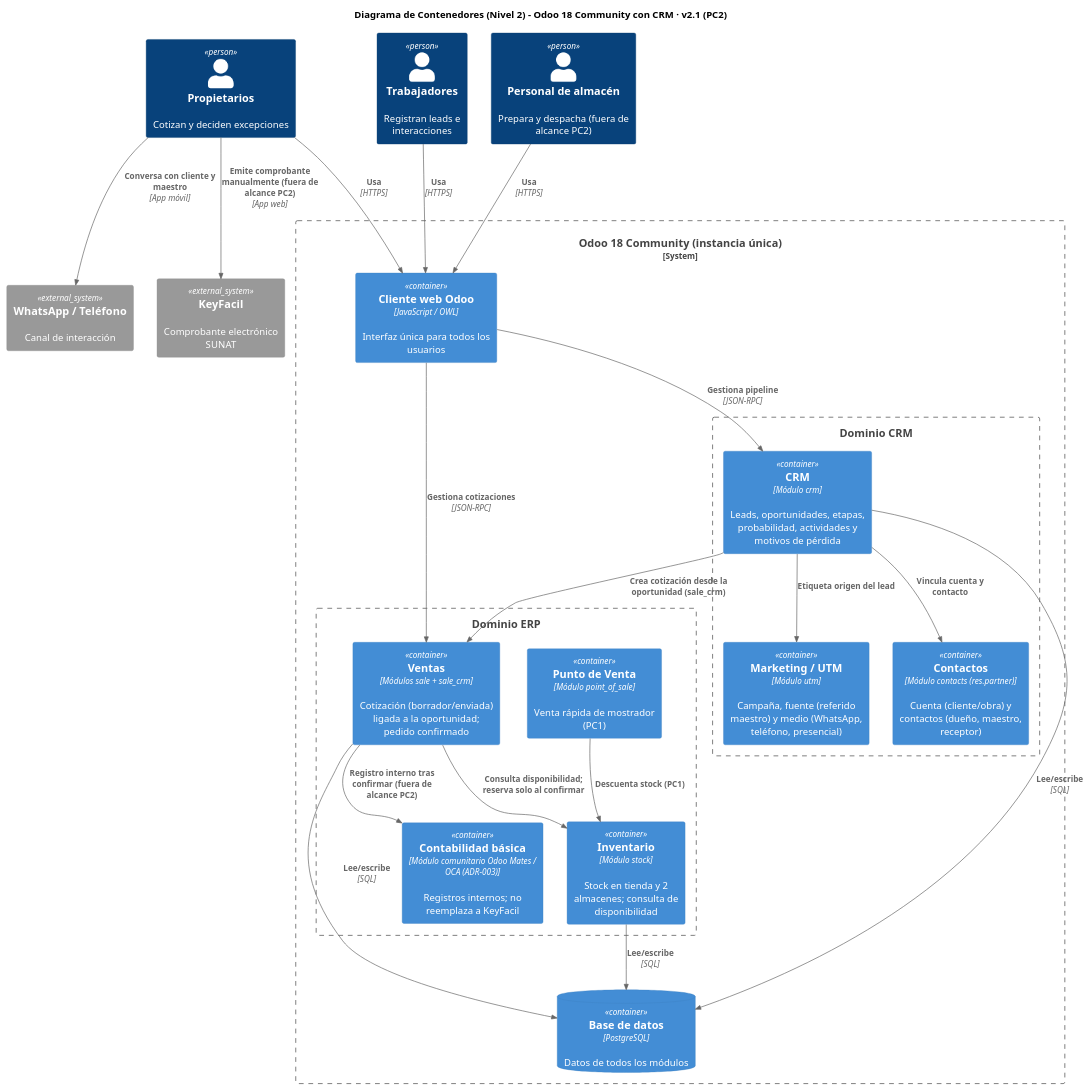
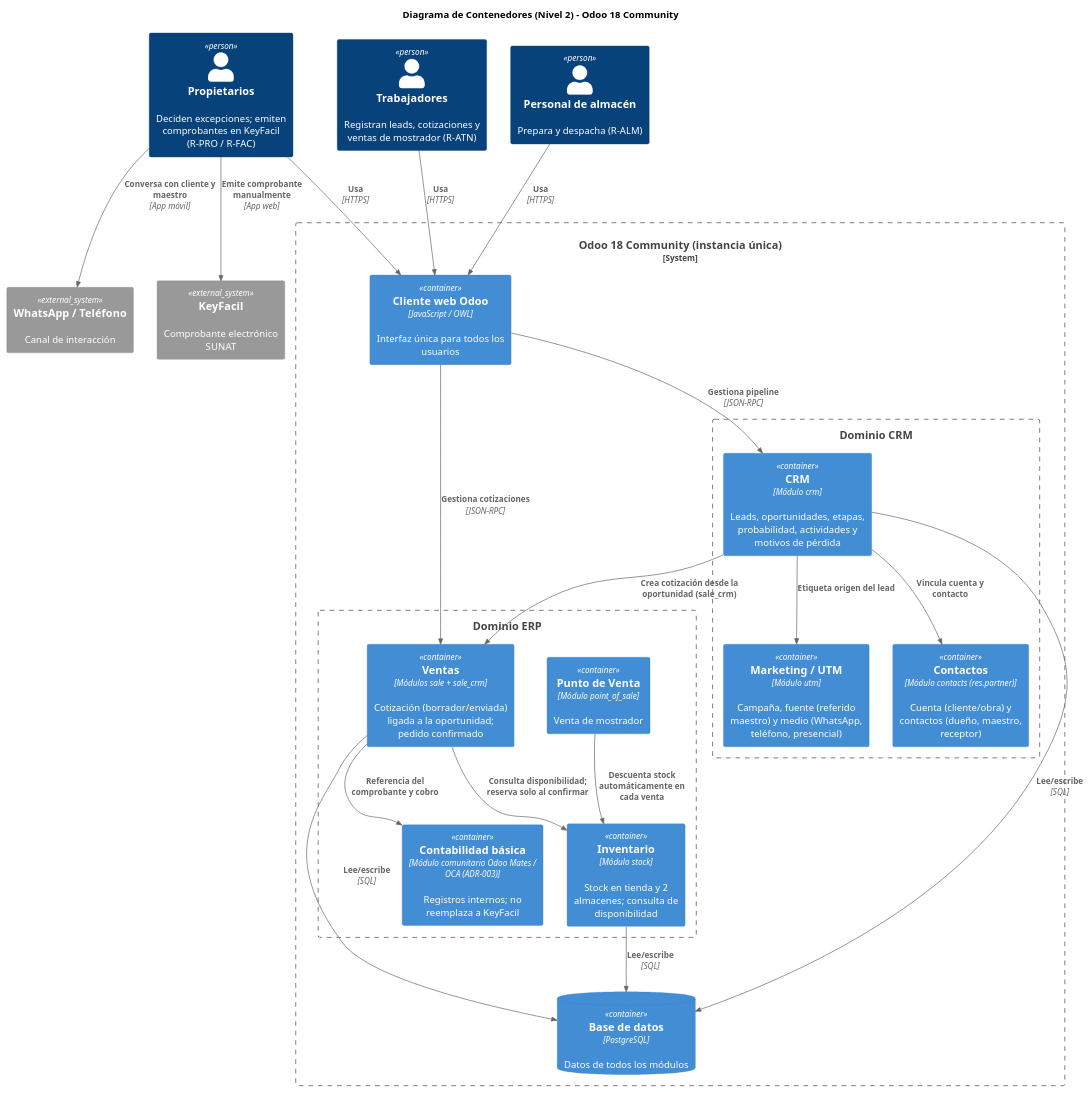
The diagram in arquitectura/vistas/c4/fuentes/contenedores.puml (dieg0-29/migal-erp), drawn with PlantUML before and after one commit. The commit also changed 10 other files, not shown here.

Commit message:
docs(vistas): alinear diagramas C4 con los flujos actuales

```diff
--- a/arquitectura/vistas/c4/fuentes/contenedores.puml
+++ b/arquitectura/vistas/c4/fuentes/contenedores.puml
@@ -1,47 +1,45 @@
 @startuml
 !include https://raw.githubusercontent.com/plantuml-stdlib/C4-PlantUML/master/C4_Container.puml
-' v2.1 (PC2): se agregan CRM y Marketing/UTM (módulos nativos de Odoo 18 Community, licencia LGPLv3) · ADR-004
-' Frontera conceptual: CRM conserva el contexto comercial hasta la cotización; ERP compromete y ejecuta desde la confirmación.
-title Diagrama de Contenedores (Nivel 2) - Odoo 18 Community con CRM · v2.1 (PC2)
+title Diagrama de Contenedores (Nivel 2) - Odoo 18 Community
 
-Person(prop, "Propietarios", "Cotizan y deciden excepciones")
-Person(trab, "Trabajadores", "Registran leads e interacciones")
-Person(alm, "Personal de almacén", "Prepara y despacha (fuera de alcance PC2)")
+Person(prop, "Propietarios", "Deciden excepciones; emiten comprobantes en KeyFacil (R-PRO / R-FAC)")
+Person(trab, "Trabajadores", "Registran leads, cotizaciones y ventas de mostrador (R-ATN)")
+Person(alm, "Personal de almacén", "Prepara y despacha (R-ALM)")
 System_Ext(whatsapp, "WhatsApp / Teléfono", "Canal de interacción")
 System_Ext(keyfacil, "KeyFacil", "Comprobante electrónico SUNAT")
 
 System_Boundary(odoo_sys, "Odoo 18 Community (instancia única)") {
     Container(web, "Cliente web Odoo", "JavaScript / OWL", "Interfaz única para todos los usuarios")
 
     Boundary(crm_b, "Dominio CRM") {
         Container(crm_mod, "CRM", "Módulo crm", "Leads, oportunidades, etapas, probabilidad, actividades y motivos de pérdida")
         Container(utm_mod, "Marketing / UTM", "Módulo utm", "Campaña, fuente (referido maestro) y medio (WhatsApp, teléfono, presencial)")
         Container(contact_mod, "Contactos", "Módulo contacts (res.partner)", "Cuenta (cliente/obra) y contactos (dueño, maestro, receptor)")
     }
 
     Boundary(erp_b, "Dominio ERP") {
         Container(sales_mod, "Ventas", "Módulos sale + sale_crm", "Cotización (borrador/enviada) ligada a la oportunidad; pedido confirmado")
-        Container(pos_mod, "Punto de Venta", "Módulo point_of_sale", "Venta rápida de mostrador (PC1)")
+        Container(pos_mod, "Punto de Venta", "Módulo point_of_sale", "Venta de mostrador")
         Container(inv_mod, "Inventario", "Módulo stock", "Stock en tienda y 2 almacenes; consulta de disponibilidad")
         Container(acc_mod, "Contabilidad básica", "Módulo comunitario Odoo Mates / OCA (ADR-003)", "Registros internos; no reemplaza a KeyFacil")
     }
     ContainerDb(db, "Base de datos", "PostgreSQL", "Datos de todos los módulos")
 }
 
 Rel(trab, web, "Usa", "HTTPS")
 Rel(prop, web, "Usa", "HTTPS")
 Rel(alm, web, "Usa", "HTTPS")
 Rel(prop, whatsapp, "Conversa con cliente y maestro", "App móvil")
 Rel(web, crm_mod, "Gestiona pipeline", "JSON-RPC")
 Rel(web, sales_mod, "Gestiona cotizaciones", "JSON-RPC")
 Rel(crm_mod, utm_mod, "Etiqueta origen del lead")
 Rel(crm_mod, contact_mod, "Vincula cuenta y contacto")
 Rel(crm_mod, sales_mod, "Crea cotización desde la oportunidad (sale_crm)")
 Rel(sales_mod, inv_mod, "Consulta disponibilidad; reserva solo al confirmar")
-Rel(sales_mod, acc_mod, "Registro interno tras confirmar (fuera de alcance PC2)")
-Rel(pos_mod, inv_mod, "Descuenta stock (PC1)")
-Rel(prop, keyfacil, "Emite comprobante manualmente (fuera de alcance PC2)", "App web")
+Rel(sales_mod, acc_mod, "Referencia del comprobante y cobro")
+Rel(pos_mod, inv_mod, "Descuenta stock automáticamente en cada venta")
+Rel(prop, keyfacil, "Emite comprobante manualmente", "App web")
 Rel(crm_mod, db, "Lee/escribe", "SQL")
 Rel(sales_mod, db, "Lee/escribe", "SQL")
 Rel(inv_mod, db, "Lee/escribe", "SQL")
 @enduml
```
